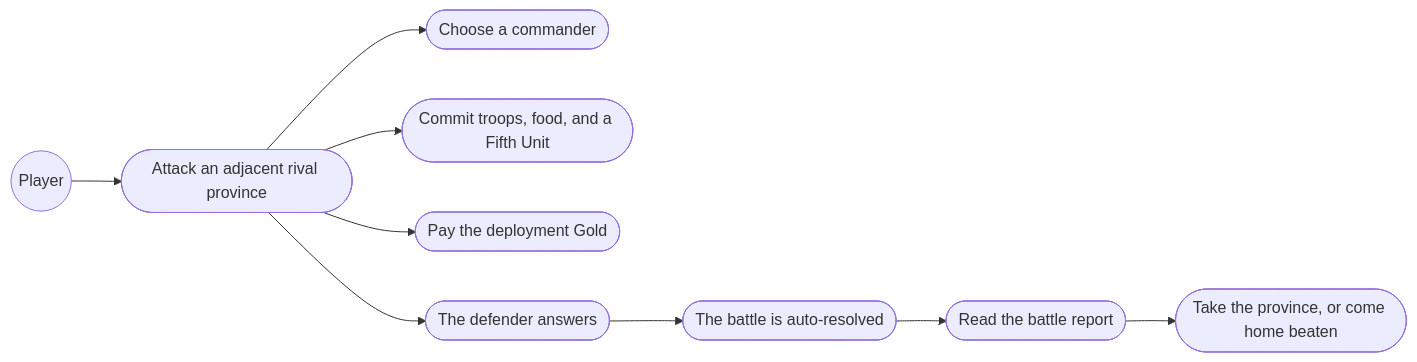
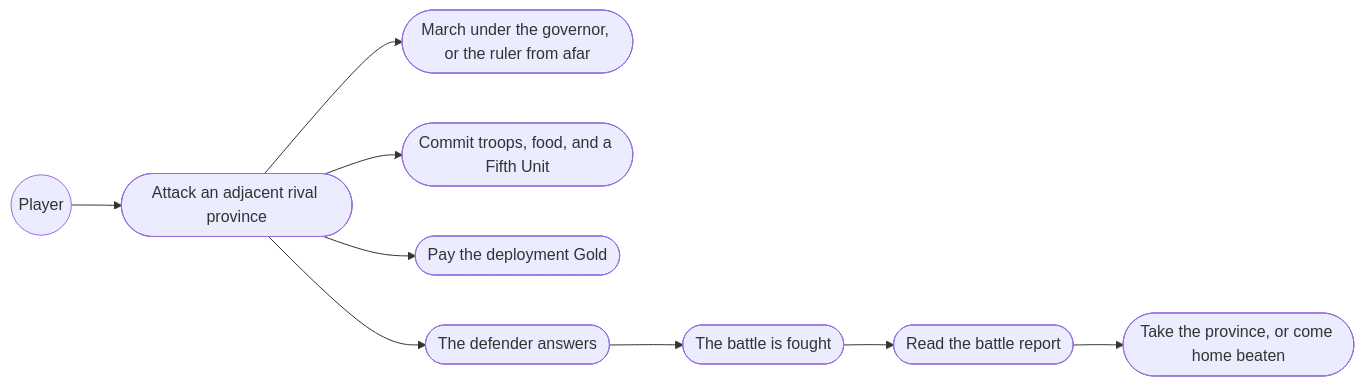
Before and after one commit to pslotinsky/kunstkamera: the first of 3 diagrams in gemstorm/docs/design/08-1-launching-a-war.md, drawn with Mermaid. The commit also changed other lines of this file and 19 other files, not shown here.

````diff
--- a/gemstorm/docs/design/08-1-launching-a-war.md
+++ b/gemstorm/docs/design/08-1-launching-a-war.md
@@ -42,12 +42,12 @@
 ```mermaid
 flowchart LR
   player((Player))
   player --> uc1(["Attack an adjacent rival province"])
-  uc1 --> uc2(["Choose a commander"])
+  uc1 --> uc2(["March under the governor, or the ruler from afar"])
   uc1 --> uc3(["Commit troops, food, and a Fifth Unit"])
   uc1 --> uc4(["Pay the deployment Gold"])
   uc1 --> uc5(["The defender answers"])
-  uc5 --> uc6(["The battle is auto-resolved"])
+  uc5 --> uc6(["The battle is fought"])
   uc6 --> uc7(["Read the battle report"])
   uc7 --> uc8(["Take the province, or come home beaten"])
 ```
````
